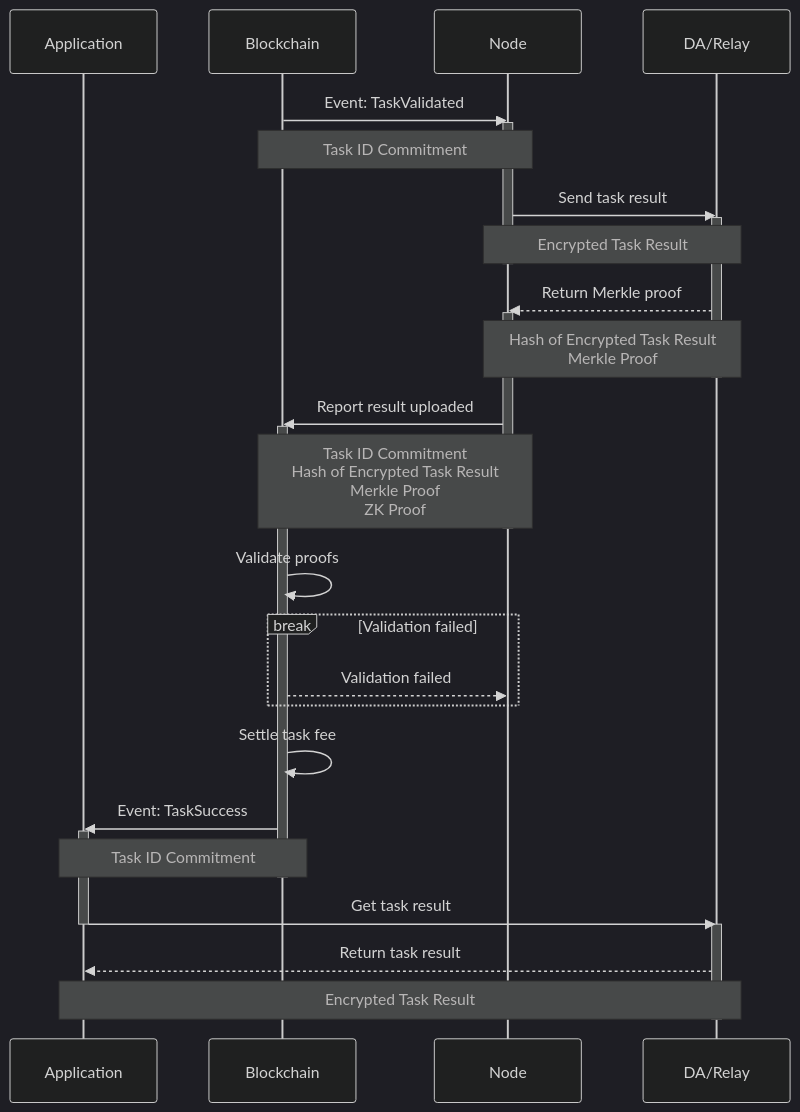
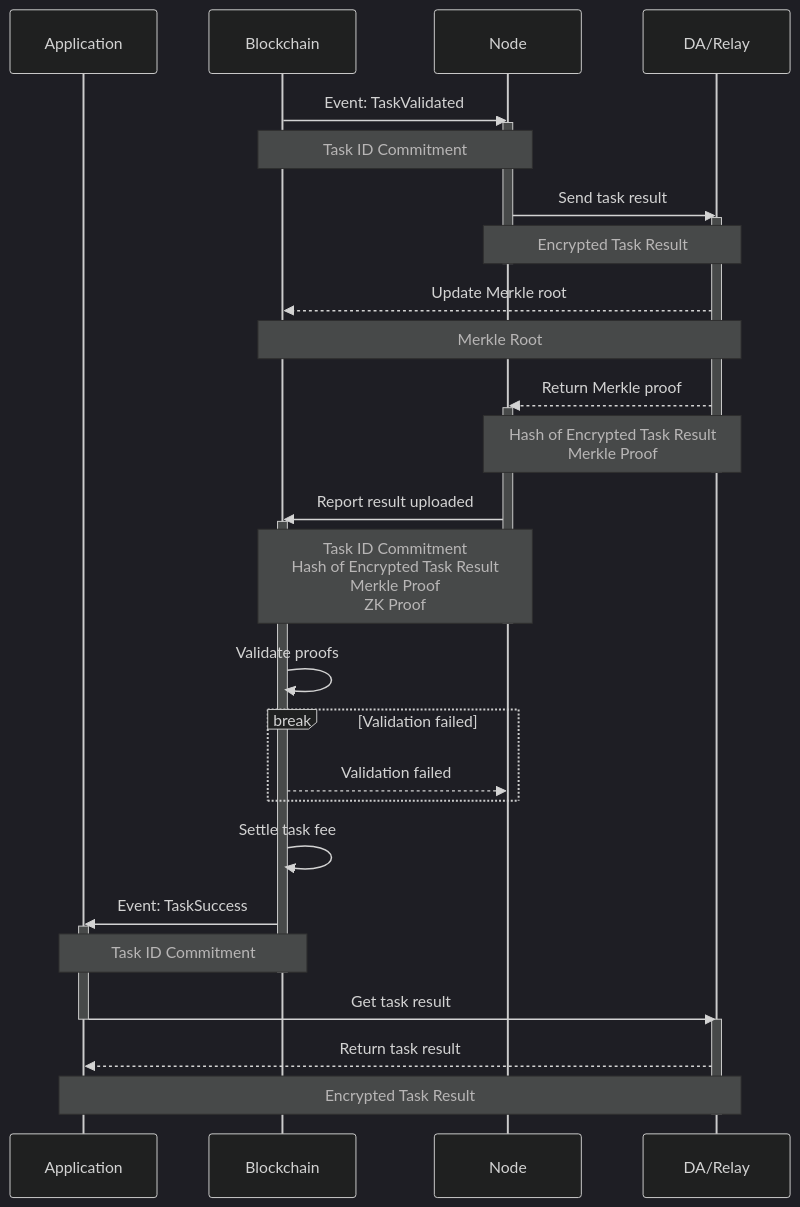
Before and after one commit to crynux-ai/documentation: the fourth of 4 diagrams in gitbook/system-design/task-lifecycle.md, drawn with Mermaid (dark theme). The commit also changed other lines of this file, not shown here.

````diff
--- a/gitbook/system-design/task-lifecycle.md
+++ b/gitbook/system-design/task-lifecycle.md
@@ -367,39 +368,41 @@
 ```mermaid
 sequenceDiagram
     Participant A as Application
     Participant B as Blockchain
     Participant N as Node
     Participant D as DA/Relay
 
     B ->> N: Event: TaskValidated
     activate N
     Note over B,N: Task ID Commitment
     N ->> D: Send task result
     activate D
     Note over N,D: Encrypted Task Result
     deactivate N
+    D -->> B: Update Merkle root
+    note over B,D: Merkle Root
     D -->> N: Return Merkle proof
     activate N
     Note over N,D: Hash of Encrypted Task Result<br/>Merkle Proof
     deactivate D
     N ->> B: Report result uploaded
     activate B
     Note over B,N: Task ID Commitment<br/>Hash of Encrypted Task Result<br/>Merkle Proof<br/>ZK Proof
     deactivate N
     B ->> B: Validate proofs
     break Validation failed
         B -->> N: Validation failed
     end
     B ->> B: Settle task fee
     B ->> A: Event: TaskSuccess 
     activate A
     Note over A,B: Task ID Commitment
     deactivate B
     A ->> D: Get task result
     deactivate A
     activate D
     D -->> A: Return task result
     note over A,D: Encrypted Task Result
     deactivate D
 
 ```
````
